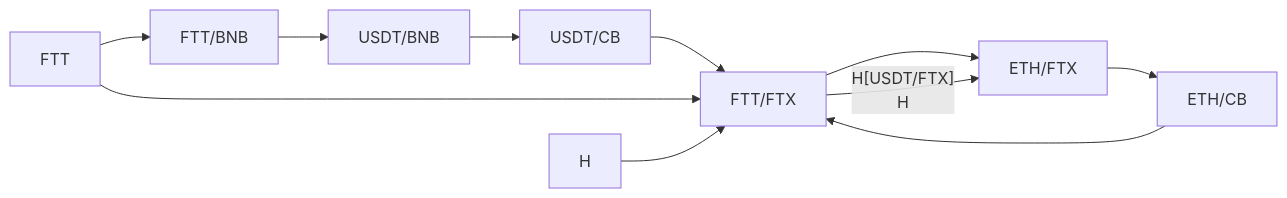
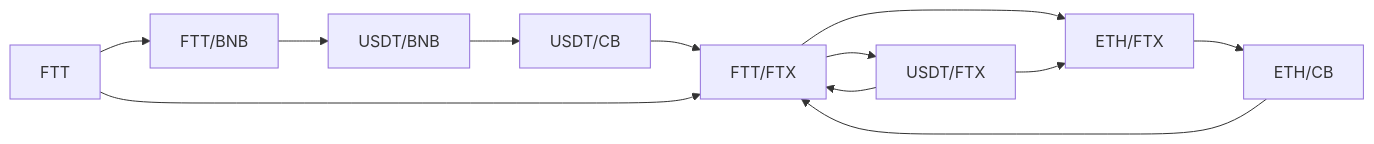
One commit to Ramzgate/node_setup changed the second of 2 diagrams in ubuntu_os.md. Above: the diagram before and after it, drawn with Mermaid.

Commit message:
ubuntu install instructions

````diff
--- a/ubuntu_os.md
+++ b/ubuntu_os.md
@@ -78,14 +78,14 @@
 ```mermaid
 graph LR
   A[FTT] --> B[FTT/BNB]
   B --> C[USDT/BNB]
   C --> D[USDT/CB]
   D --> E[USD]
   A --> E[FTT/FTX]
   E --> F[ETH/FTX]
   F --> G[ETH/CB]
   G --> E
-  E -- H[USDT/FTX]
+  E --> H[USDT/FTX]
   H --> F
   H --> E
 ```
````
